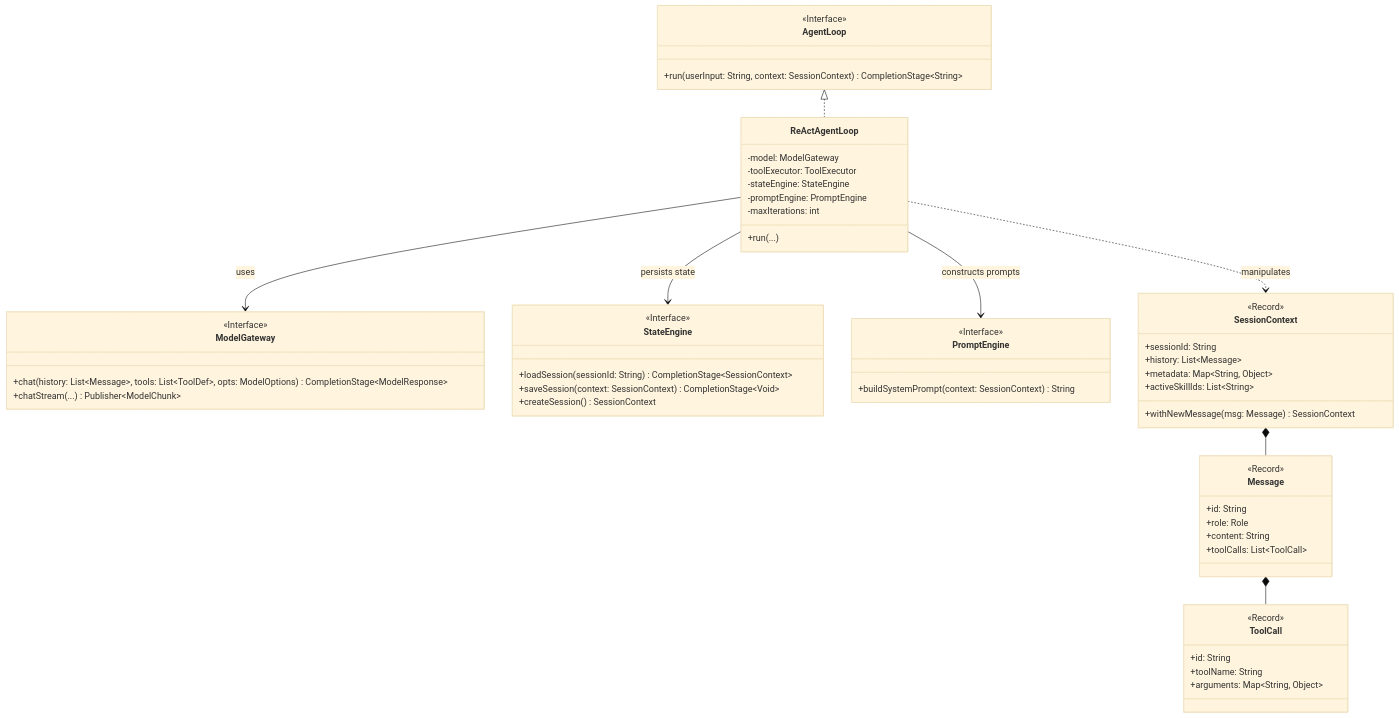
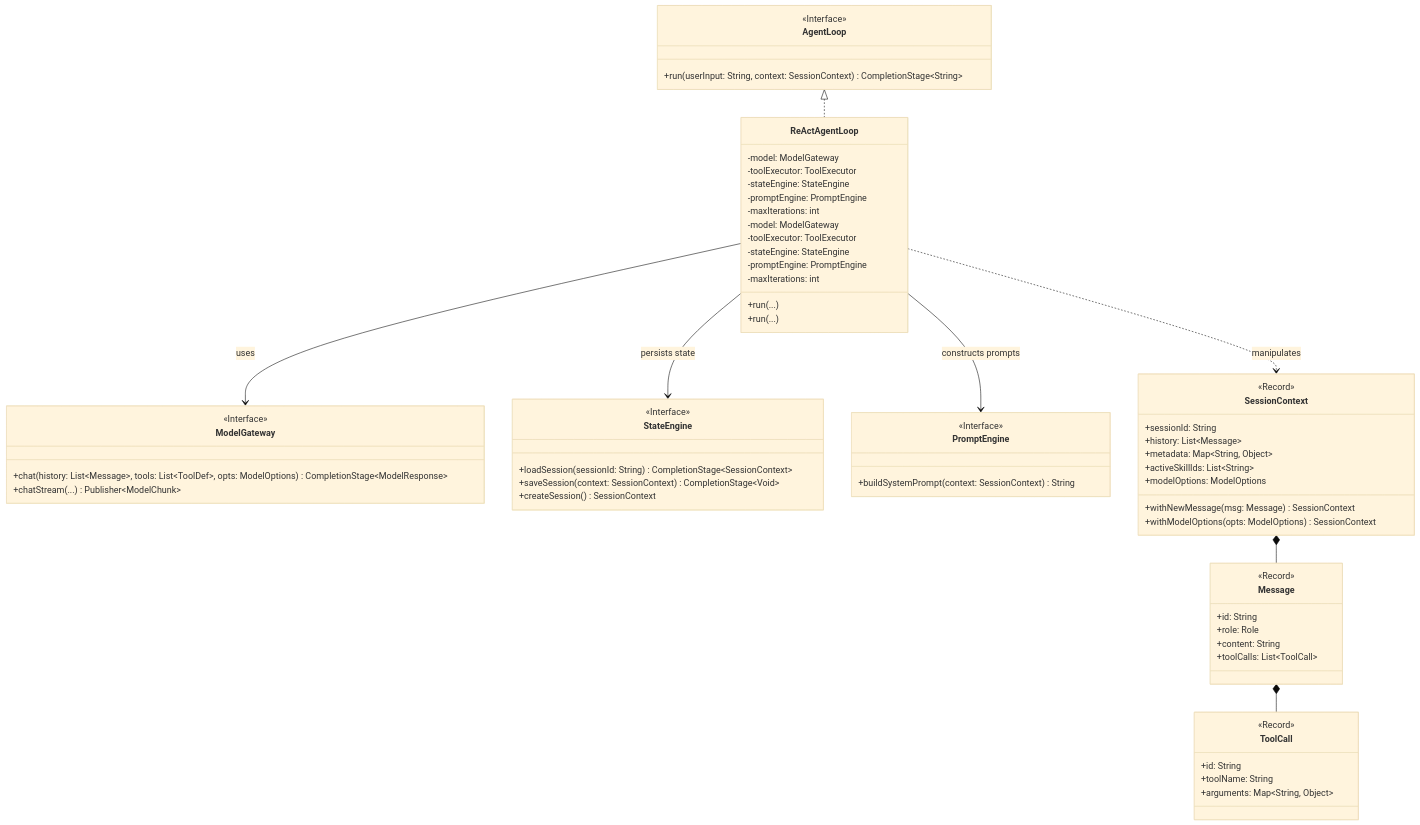
One commit to stream-iori/ganglia changed the first of 3 diagrams in docs/CORE_KERNEL_DESIGN.md. Above: the diagram before and after it, drawn with Mermaid (base theme). The commit also changed 4 other files, not shown here.

Commit message:
refactor: decouple ModelOptions from AgentLoop, move to SessionContext

````diff
--- a/docs/CORE_KERNEL_DESIGN.md
+++ b/docs/CORE_KERNEL_DESIGN.md
@@ -13,67 +13,78 @@
 ```mermaid
 classDiagram
     class AgentLoop {
         <<Interface>>
         +run(userInput: String, context: SessionContext) CompletionStage~String~
     }
     
     class ReActAgentLoop {
         -model: ModelGateway
         -toolExecutor: ToolExecutor
         -stateEngine: StateEngine
         -promptEngine: PromptEngine
         -maxIterations: int
         +run(...)
     }
     
     AgentLoop <|.. ReActAgentLoop
     
     class ModelGateway {
         <<Interface>>
         +chat(history: List~Message~, tools: List~ToolDef~, opts: ModelOptions) CompletionStage~ModelResponse~
         +chatStream(...) Publisher~ModelChunk~
     }
     
     class StateEngine {
         <<Interface>>
         +loadSession(sessionId: String) CompletionStage~SessionContext~
         +saveSession(context: SessionContext) CompletionStage~Void~
         +createSession() SessionContext
     }
     
     class PromptEngine {
         <<Interface>>
         +buildSystemPrompt(context: SessionContext) String
     }
     
     class SessionContext {
         <<Record>>
         +sessionId: String
         +history: List~Message~
         +metadata: Map~String, Object~
         +activeSkillIds: List~String~
+        +modelOptions: ModelOptions
         +withNewMessage(msg: Message) SessionContext
+        +withModelOptions(opts: ModelOptions) SessionContext
+    }
+    
+    class ReActAgentLoop {
+        -model: ModelGateway
+        -toolExecutor: ToolExecutor
+        -stateEngine: StateEngine
+        -promptEngine: PromptEngine
+        -maxIterations: int
+        +run(...)
     }
     
     class Message {
         <<Record>>
         +id: String
         +role: Role
         +content: String
         +toolCalls: List~ToolCall~
     }
     
     class ToolCall {
         <<Record>>
         +id: String
         +toolName: String
         +arguments: Map~String, Object~
     }
 
     ReActAgentLoop --> ModelGateway : uses
     ReActAgentLoop --> StateEngine : persists state
     ReActAgentLoop --> PromptEngine : constructs prompts
     ReActAgentLoop ..> SessionContext : manipulates
     SessionContext *-- Message
     Message *-- ToolCall
 ```
````
